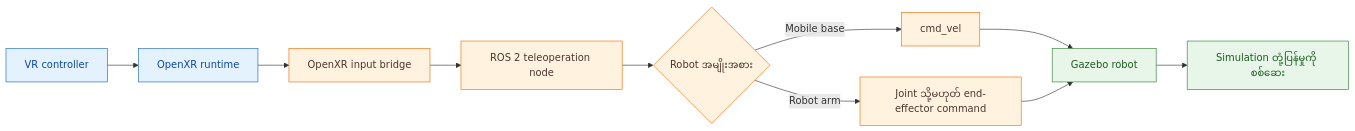
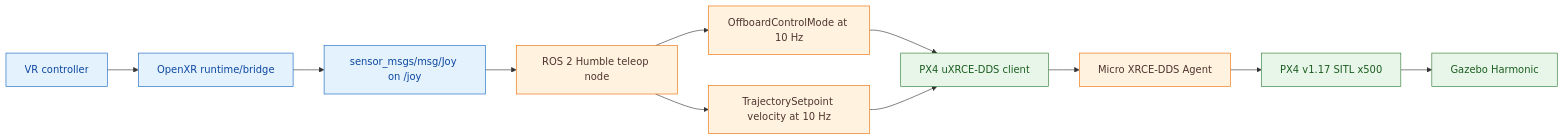
The diagram in 03_teleoperation.md (ROM-robotics/ct_meta_vr), drawn with Mermaid before and after one commit. The commit also changed other lines of this file and 1 other file, not shown here.

````diff
--- a/03_teleoperation.md
+++ b/03_teleoperation.md
@@ -12,18 +9,19 @@
 ```mermaid
 flowchart LR
-    A["VR controller"] --> B["OpenXR runtime"]
-    B --> C["OpenXR input bridge"]
-    C --> D["ROS 2 teleoperation node"]
-    D --> E{"Robot အမျိုးအစား"}
-    E -->|Mobile base| F["cmd_vel"]
-    E -->|Robot arm| G["Joint သို့မဟုတ် end-effector command"]
-    F --> H["Gazebo robot"]
-    G --> H
-    H --> I["Simulation တုံ့ပြန်မှုကို စစ်ဆေး"]
-    classDef device fill:#e3f2fd,stroke:#1565c0,color:#0d47a1
-    classDef processing fill:#fff3e0,stroke:#ef6c00,color:#4e342e
-    classDef robot fill:#e8f5e9,stroke:#2e7d32,color:#1b5e20
-    class A,B device
-    class C,D,E,F,G processing
-    class H,I robot
+    A["VR controller"] --> B["OpenXR runtime/bridge"]
+    B --> C["sensor_msgs/msg/Joy on /joy"]
+    C --> D["ROS 2 Humble teleop node"]
+    D --> E["OffboardControlMode at 10 Hz"]
+    D --> F["TrajectorySetpoint velocity at 10 Hz"]
+    E --> G["PX4 uXRCE-DDS client"]
+    F --> G
+    G --> H["Micro XRCE-DDS Agent"]
+    H --> I["PX4 v1.17 SITL x500"]
+    I --> J["Gazebo Harmonic"]
+    classDef input fill:#e3f2fd,stroke:#1565c0,color:#0d47a1
+    classDef ros fill:#fff3e0,stroke:#ef6c00,color:#4e342e
+    classDef px4 fill:#e8f5e9,stroke:#2e7d32,color:#1b5e20
+    class A,B,C input
+    class D,E,F,H ros
+    class G,I,J px4
 ```
````
